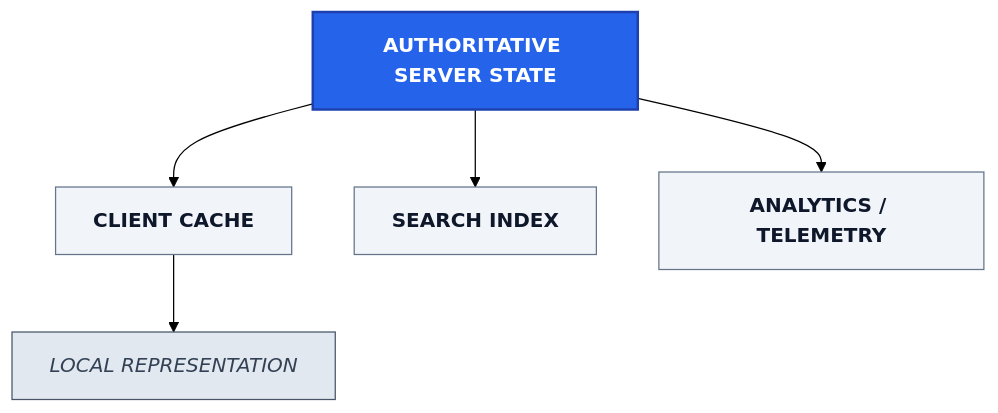
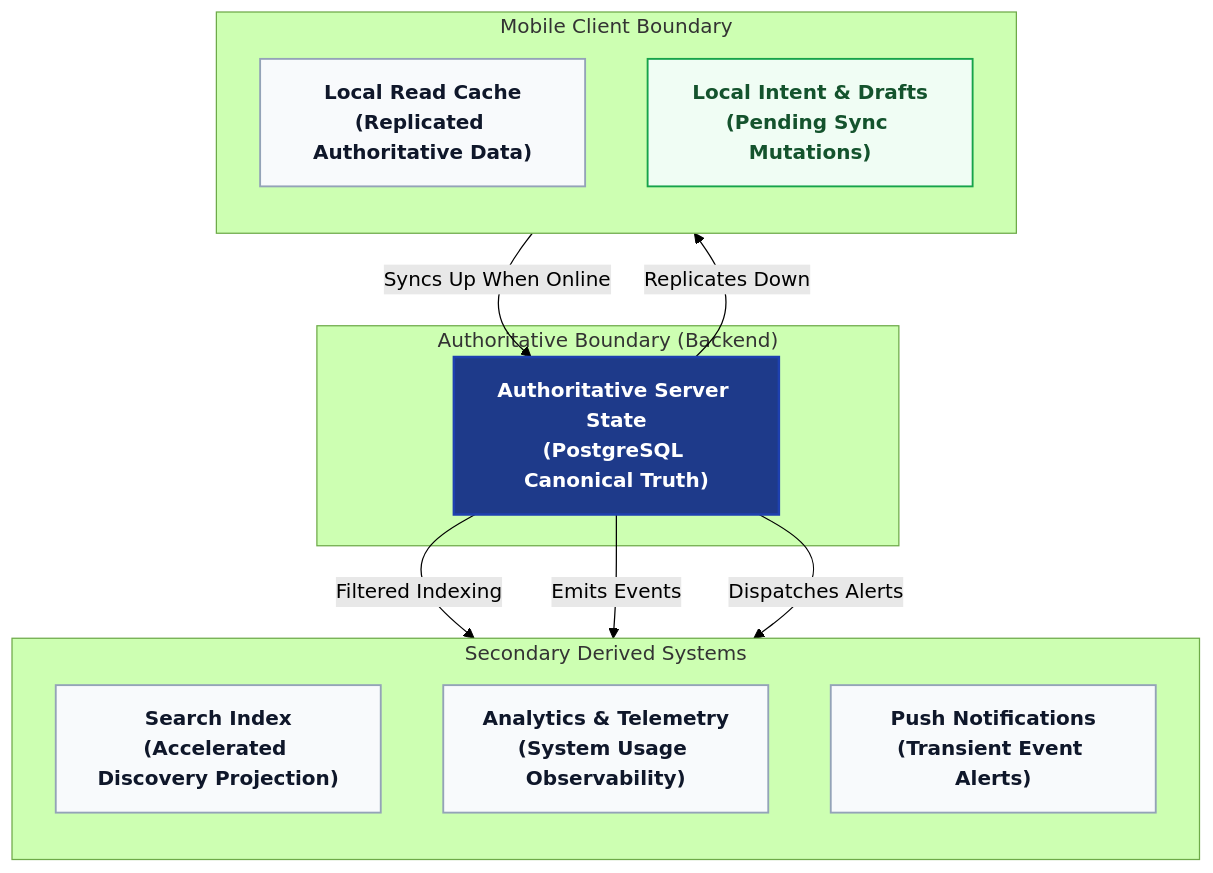
Before and after one commit to davidalbertstark-lab/Lenar: the second of 4 diagrams in docs/product/06-Data-Content.md, drawn with Mermaid (forest theme). The commit also changed other lines of this file and 28 other files, not shown here.

Commit message:
docs: system-wide diagram redesign for first-instance comprehension

````diff
--- a/docs/product/06-Data-Content.md
+++ b/docs/product/06-Data-Content.md
@@ -132,24 +133,30 @@
 ```mermaid
 flowchart TD
-    classDef auth fill:#2563eb,color:#fff,stroke:#1e40af,stroke-width:2px,font-weight:bold
-    classDef secondary fill:#f1f5f9,stroke:#64748b,stroke-width:1px,color:#0f172a,font-weight:bold
-    classDef local fill:#e2e8f0,stroke:#475569,stroke-width:1px,color:#334155,font-style:italic
+    classDef auth fill:#1e3a8a,stroke:#1e40af,stroke-width:2px,color:#ffffff,font-weight:bold
+    classDef secondary fill:#f8fafc,stroke:#94a3b8,stroke-width:1.5px,color:#0f172a,font-weight:bold
+    classDef client fill:#f0fdf4,stroke:#16a34a,stroke-width:1.5px,color:#14532d,font-weight:bold
 
-    Auth[AUTHORITATIVE SERVER STATE]
-    
-    CC[CLIENT CACHE]
-    SI[SEARCH INDEX]
-    AT[ANALYTICS / TELEMETRY]
-    
-    LR[LOCAL REPRESENTATION]
-    
-    Auth --> CC
-    Auth --> SI
-    Auth --> AT
-    
-    CC --> LR
-    
-    class Auth auth;
-    class CC,SI,AT secondary;
-    class LR local;
+    subgraph ServerDomain ["Authoritative Boundary (Backend)"]
+        Auth["Authoritative Server State<br/>(PostgreSQL Canonical Truth)"]:::auth
+    end
+
+    subgraph Projections ["Secondary Derived Systems"]
+        direction TB
+        SI["Search Index<br/>(Accelerated Discovery Projection)"]:::secondary
+        AT["Analytics & Telemetry<br/>(System Usage Observability)"]:::secondary
+        Notif["Push Notifications<br/>(Transient Event Alerts)"]:::secondary
+    end
+
+    subgraph MobileClient ["Mobile Client Boundary"]
+        direction TB
+        Cache["Local Read Cache<br/>(Replicated Authoritative Data)"]:::secondary
+        Intent["Local Intent & Drafts<br/>(Pending Sync Mutations)"]:::client
+    end
+
+    Auth -->|Filtered Indexing| SI
+    Auth -->|Emits Events| AT
+    Auth -->|Dispatches Alerts| Notif
+
+    Auth -->|Replicates Down| Cache
+    Intent -->|Syncs Up When Online| Auth
 ```
````
